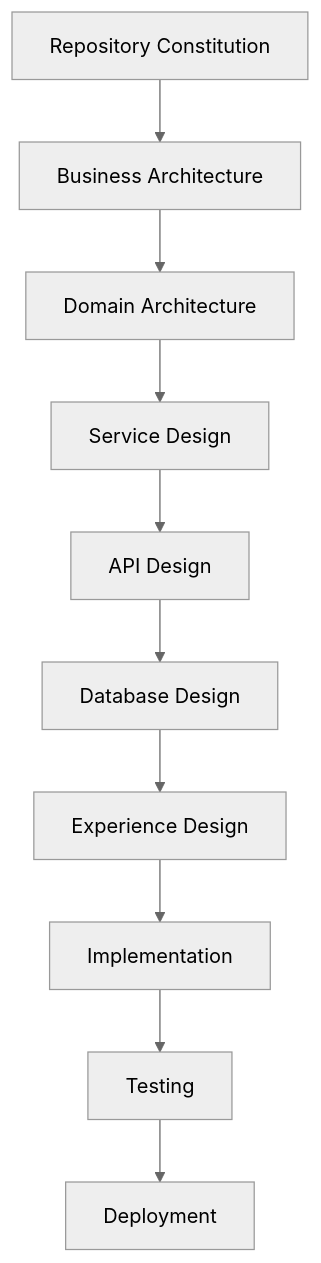
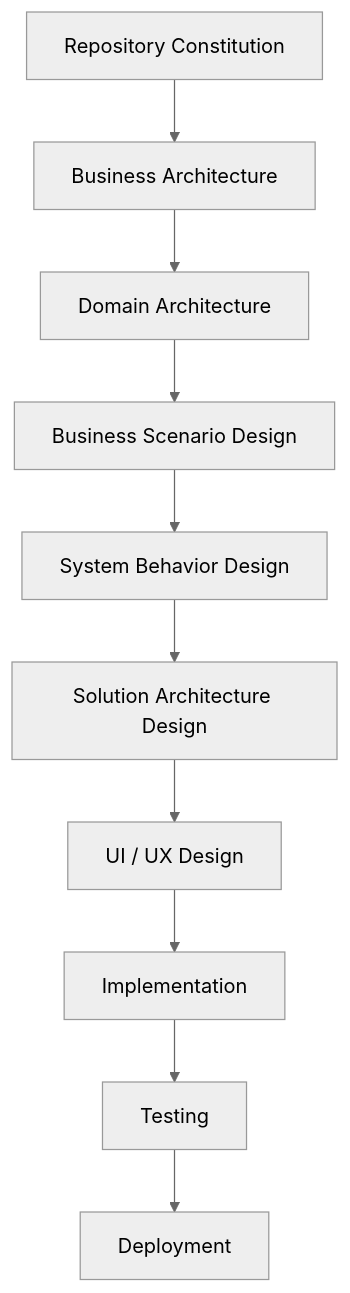
Before and after one commit to Varad1604/ERP_hark: the first of 15 diagrams in governance/constitution/Volume_4_Engineering_Governance.md, drawn with Mermaid (neutral theme). The commit also changed other lines of this file and 26 other files, not shown here.

````diff
--- a/governance/constitution/Volume_4_Engineering_Governance.md
+++ b/governance/constitution/Volume_4_Engineering_Governance.md
@@ -34,23 +34,23 @@
 ```mermaid
 flowchart TD
 
 A["Repository Constitution"]
 
 -->B["Business Architecture"]
 
 -->C["Domain Architecture"]
 
--->D["Service Design"]
+-->D["Business Scenario Design"]
 
--->E["API Design"]
+-->E["System Behavior Design"]
 
--->F["Database Design"]
+-->F["Solution Architecture Design"]
 
--->G["Experience Design"]
+-->G["UI / UX Design"]
 
 -->H["Implementation"]
 
 -->I["Testing"]
 
 -->J["Deployment"]
 ```
````
